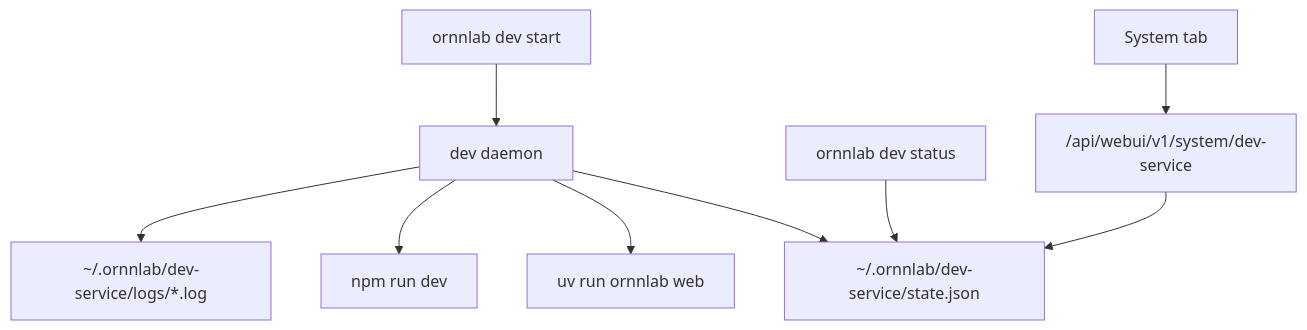
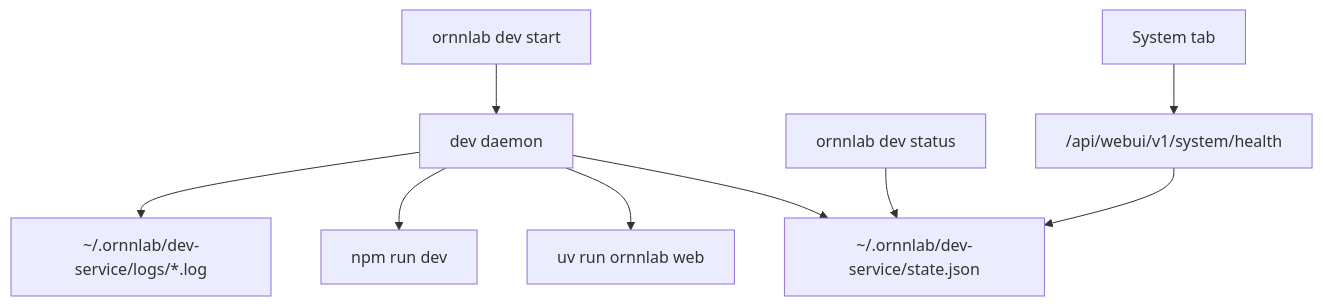
The diagram in docs/releases/v1.0.5/dev-daemon/engineering-design.md (ceasarXuu/HarnessLab), drawn with Mermaid before and after one commit. The commit also changed other lines of this file and 10 other files, not shown here.

````diff
--- a/docs/releases/v1.0.5/dev-daemon/engineering-design.md
+++ b/docs/releases/v1.0.5/dev-daemon/engineering-design.md
@@ -85,11 +85,11 @@
 ```mermaid
 flowchart TD
   Start["ornnlab dev start"] --> Daemon["dev daemon"]
   Daemon --> Backend["uv run ornnlab web"]
   Daemon --> Frontend["npm run dev"]
   Daemon --> State["~/.ornnlab/dev-service/state.json"]
   Daemon --> Logs["~/.ornnlab/dev-service/logs/*.log"]
   Status["ornnlab dev status"] --> State
-  SystemAPI["/api/webui/v1/system/dev-service"] --> State
+  SystemAPI["/api/webui/v1/system/health"] --> State
   SystemPage["System tab"] --> SystemAPI
 ```
````
